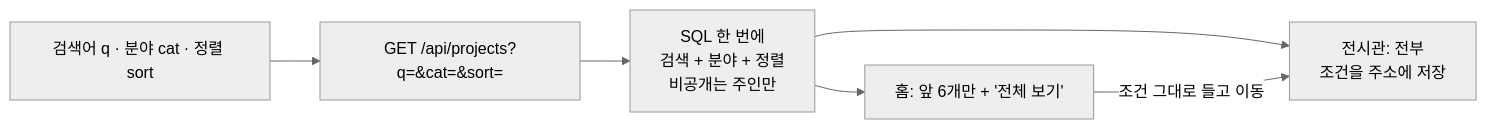
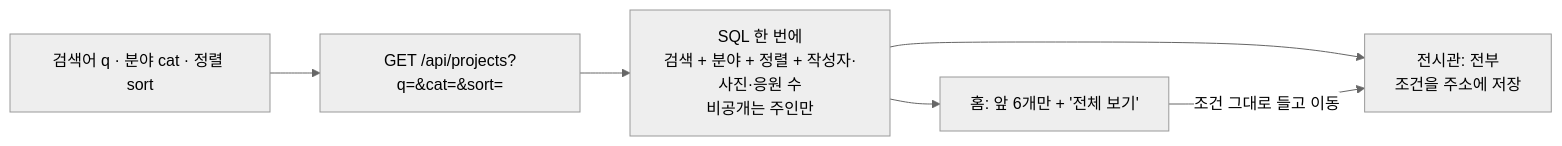
The sixth of 8 diagrams in docs/WORKFLOW.md (10x4hs/p-art), drawn with Mermaid (neutral theme) before and after one commit. The commit also changed other lines of this file and 5 other files, not shown here.

````diff
--- a/docs/WORKFLOW.md
+++ b/docs/WORKFLOW.md
@@ -156,8 +167,8 @@
 ```mermaid
 flowchart LR
   Q["검색어 q · 분야 cat · 정렬 sort"] --> API["GET /api/projects?q=&cat=&sort="]
-  API --> SQL["SQL 한 번에<br/>검색 + 분야 + 정렬<br/>비공개는 주인만"]
+  API --> SQL["SQL 한 번에<br/>검색 + 분야 + 정렬 + 작성자·사진·응원 수<br/>비공개는 주인만"]
   SQL --> HOMEV["홈: 앞 6개만 + '전체 보기'"]
   SQL --> WORKSV["전시관: 전부<br/>조건을 주소에 저장"]
   HOMEV -- "조건 그대로 들고 이동" --> WORKSV
 ```
````
